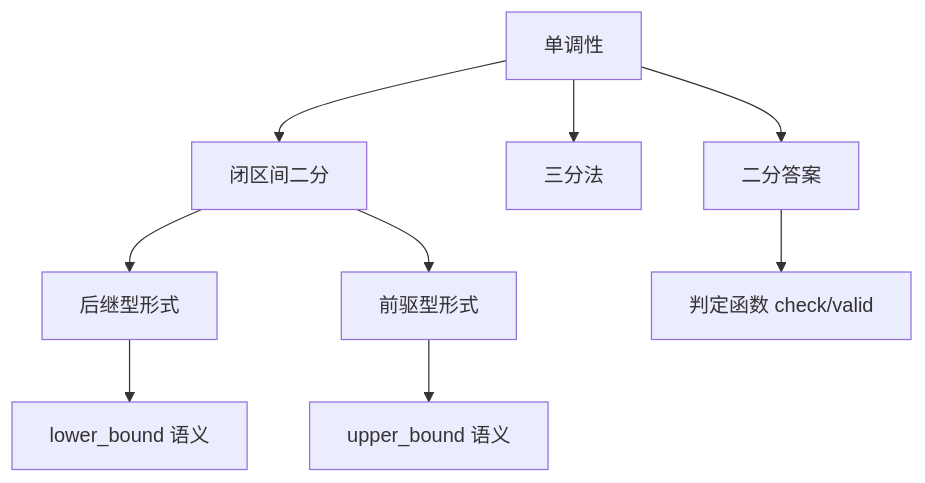
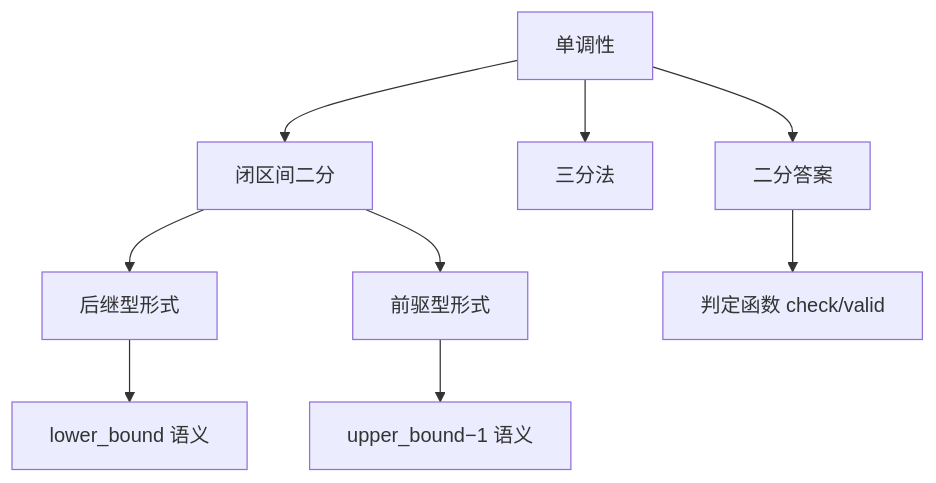
One commit to RobateV/algorithm-visualizer changed the second of 2 diagrams in docs/knowledge-base/dependency-map.md. Above: the diagram before and after it, drawn with Mermaid. The commit also changed other lines of this file and 3 other files, not shown here.

````diff
--- a/docs/knowledge-base/dependency-map.md
+++ b/docs/knowledge-base/dependency-map.md
@@ -87,11 +87,11 @@
 ```mermaid
 graph TD
   M[单调性] --> S[闭区间二分]
   S --> SUCC[后继型形式]
   S --> PRED[前驱型形式]
   SUCC --> LB[lower_bound 语义]
-  PRED --> UB[upper_bound 语义]
+  PRED --> UB[upper_bound−1 语义]
   M --> TRI[三分法]
   M --> BA[二分答案]
   BA --> CHECK[判定函数 check/valid]
 ```
````
